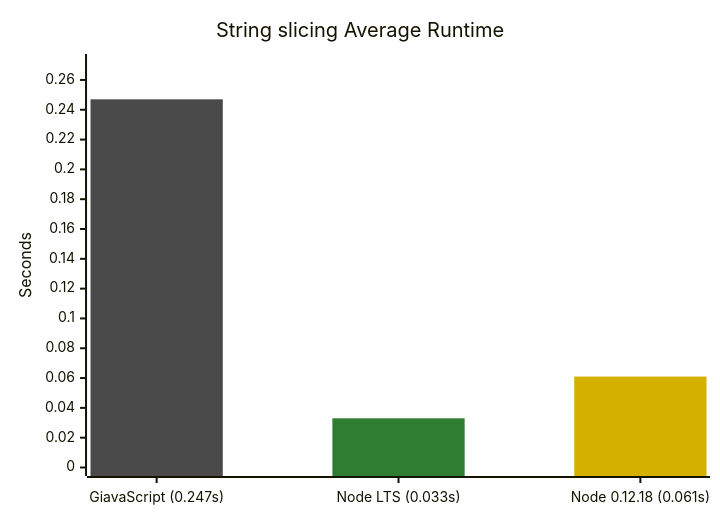
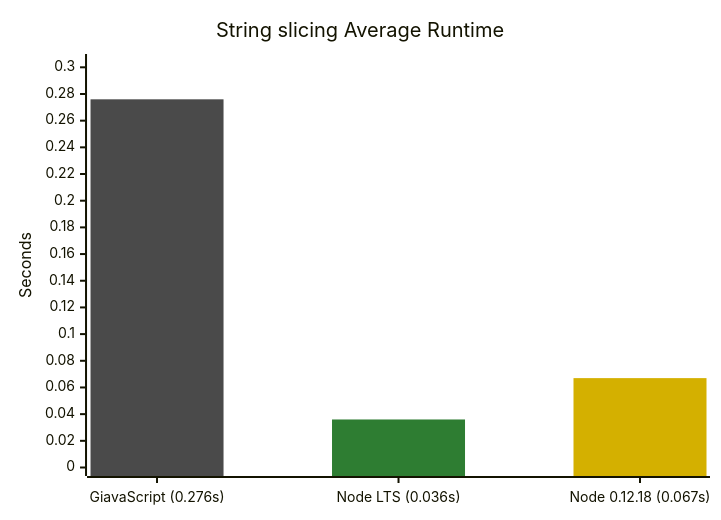
Before and after one commit to GiavaScript/GiavaScript: the fourth of 5 diagrams in README.md, drawn with Mermaid. The commit also changed other lines of this file and 2 other files, not shown here.

````diff
--- a/README.md
+++ b/README.md
@@ -115,10 +115,10 @@
 ```mermaid
 %%{init: {"themeVariables": {"xyChart": {"plotColorPalette": "#4a4a4a, #2e7d32, #d4b000"}}}}%%
 xychart-beta
     title "String slicing Average Runtime"
-    x-axis ["GiavaScript (0.247s)", "Node LTS (0.033s)", "Node 0.12.18 (0.061s)"]
-    y-axis "Seconds" 0 --> 0.2717
-    bar [0.247, -1, -1]
-    bar [-1, 0.033, -1]
-    bar [-1, -1, 0.061]
+    x-axis ["GiavaScript (0.276s)", "Node LTS (0.036s)", "Node 0.12.18 (0.067s)"]
+    y-axis "Seconds" 0 --> 0.3036
+    bar [0.276, -1, -1]
+    bar [-1, 0.036, -1]
+    bar [-1, -1, 0.067]
 ```
````
